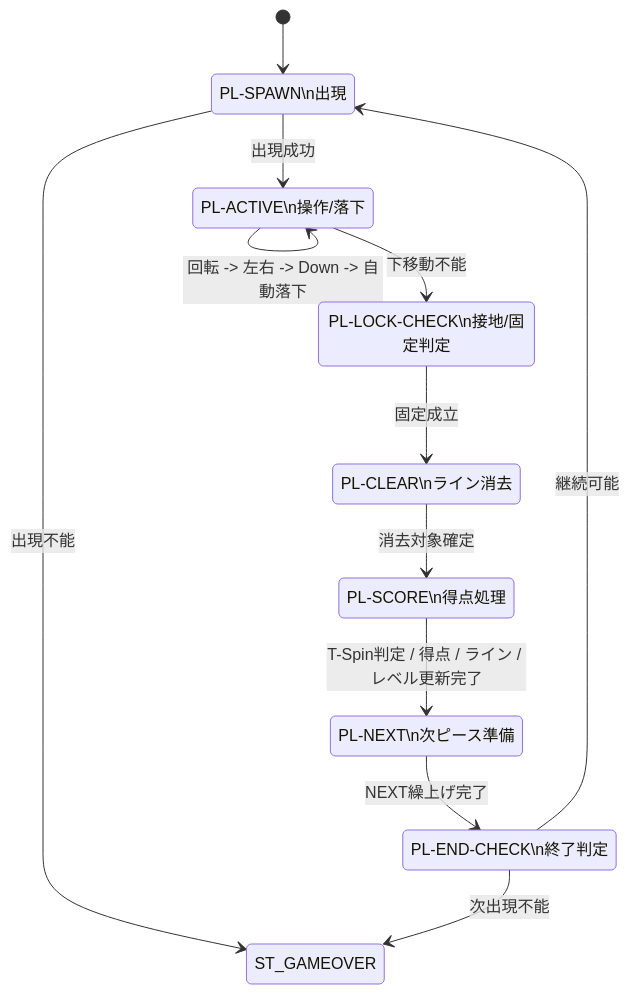
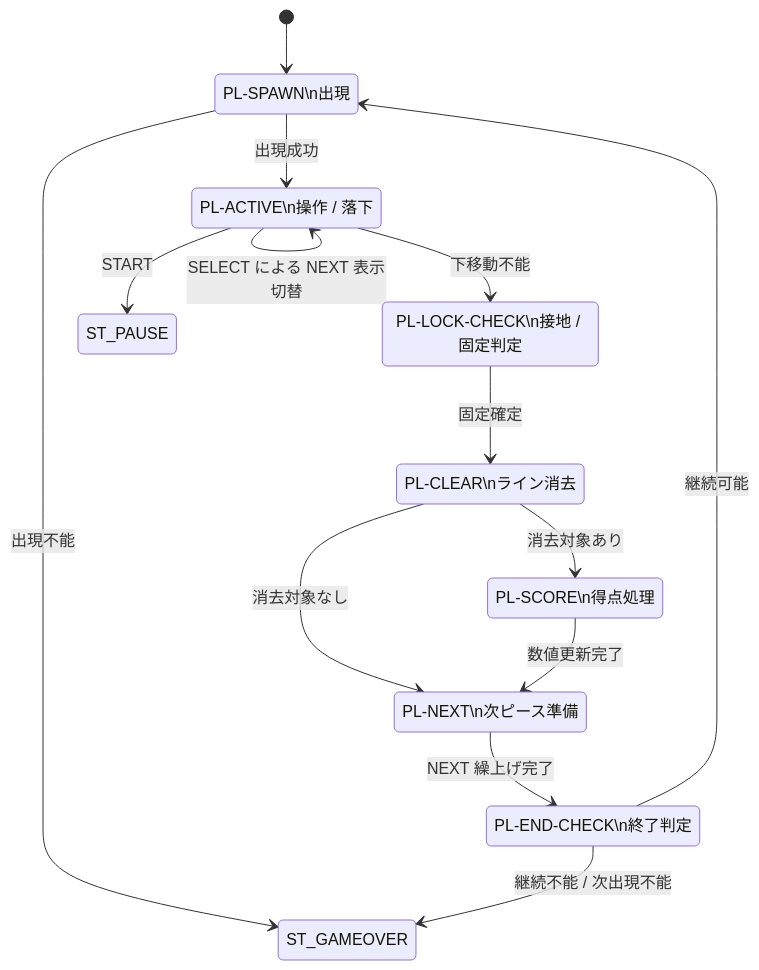
Before and after one commit to Akihiko-Fuji/DocDD: the second of 2 diagrams in Block_Puzzle_DocDD/docs/03_internal_design/38_runtime_state_transition_mermaid.md, drawn with Mermaid. The commit also changed other lines of this file, not shown here.

````diff
--- a/Block_Puzzle_DocDD/docs/03_internal_design/38_runtime_state_transition_mermaid.md
+++ b/Block_Puzzle_DocDD/docs/03_internal_design/38_runtime_state_transition_mermaid.md
@@ -57,22 +117,32 @@
 ```mermaid
 stateDiagram-v2
     [*] --> PL_SPAWN
+
     PL_SPAWN : PL-SPAWN\n出現
-    PL_ACTIVE : PL-ACTIVE\n操作/落下
-    PL_LOCK_CHECK : PL-LOCK-CHECK\n接地/固定判定
+    PL_ACTIVE : PL-ACTIVE\n操作 / 落下
+    PL_LOCK_CHECK : PL-LOCK-CHECK\n接地 / 固定判定
     PL_CLEAR : PL-CLEAR\nライン消去
     PL_SCORE : PL-SCORE\n得点処理
     PL_NEXT : PL-NEXT\n次ピース準備
     PL_END_CHECK : PL-END-CHECK\n終了判定
 
     PL_SPAWN --> PL_ACTIVE : 出現成功
     PL_SPAWN --> ST_GAMEOVER : 出現不能
-    PL_ACTIVE --> PL_ACTIVE : 回転 -> 左右 -> Down -> 自動落下
+
+    PL_ACTIVE --> PL_ACTIVE : 回転 / 左右 / Down が成立
+    PL_ACTIVE --> PL_ACTIVE : SELECT による NEXT 表示切替
+    PL_ACTIVE --> ST_PAUSE : START
     PL_ACTIVE --> PL_LOCK_CHECK : 下移動不能
-    PL_LOCK_CHECK --> PL_CLEAR : 固定成立
-    PL_CLEAR --> PL_SCORE : 消去対象確定
-    PL_SCORE --> PL_NEXT : T-Spin判定 / 得点 / ライン / レベル更新完了
-    PL_NEXT --> PL_END_CHECK : NEXT繰上げ完了
+
+    PL_LOCK_CHECK --> PL_CLEAR : 固定確定
+
+    PL_CLEAR --> PL_SCORE : 消去対象あり
+    PL_CLEAR --> PL_NEXT : 消去対象なし
+
+    PL_SCORE --> PL_NEXT : 数値更新完了
+
+    PL_NEXT --> PL_END_CHECK : NEXT 繰上げ完了
+
     PL_END_CHECK --> PL_SPAWN : 継続可能
-    PL_END_CHECK --> ST_GAMEOVER : 次出現不能
+    PL_END_CHECK --> ST_GAMEOVER : 継続不能 / 次出現不能
 ```
````
